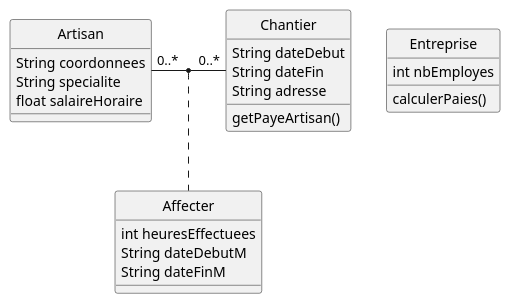
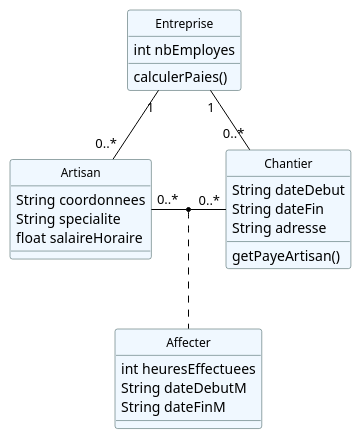
Before and after one commit to IUT-Blagnac/r2-01-conception-td5-Antoine3312: the diagram in dc.plantuml, drawn with PlantUML.

```diff
--- a/dc.plantuml
+++ b/dc.plantuml
@@ -1,26 +1,41 @@
 @startuml DC
+
+skinparam roundcorner 5
+
+skinparam class {
+	BackgroundColor AliceBlue
+	BorderColor DarkSlateGray
+	ArrowColor Black
+	FontColor Black
+	FontSize 12
+	FontName Helvetica
+}
+
 class Entreprise {
     int nbEmployes
     calculerPaies()
 }
 class Chantier {
     String dateDebut
     String dateFin
     String adresse
     getPayeArtisan()
 }
 class Artisan {
     String coordonnees
     String specialite
     float salaireHoraire
 }
 class Affecter {
     int heuresEffectuees
     String dateDebutM
     String dateFinM
 }
 Artisan "0..*" - "0..*" Chantier    
 (Artisan, Chantier) .. Affecter
 
+Entreprise "1" -- "0..*" Artisan
+Entreprise "1"- "0..*" Chantier
+
 hide circle
 @enduml
```
